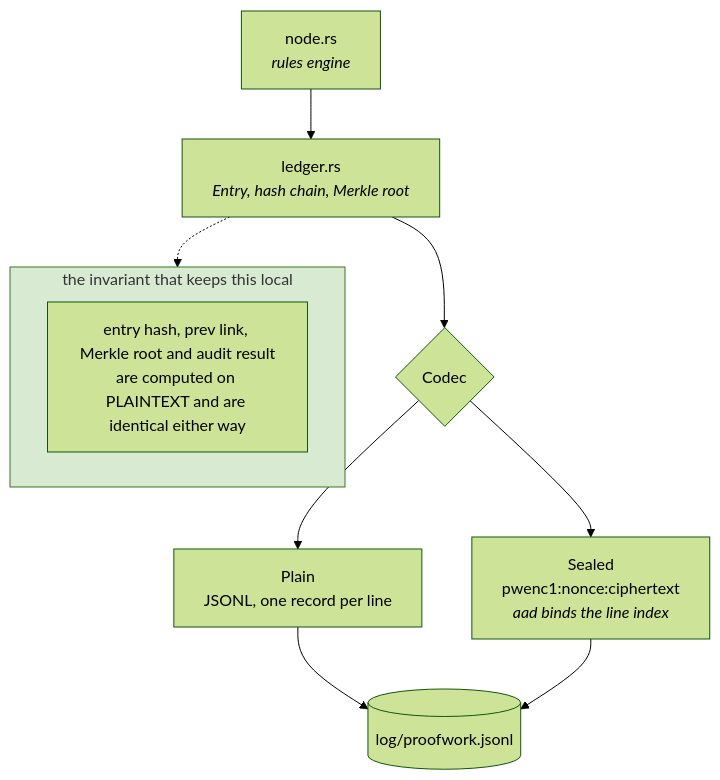
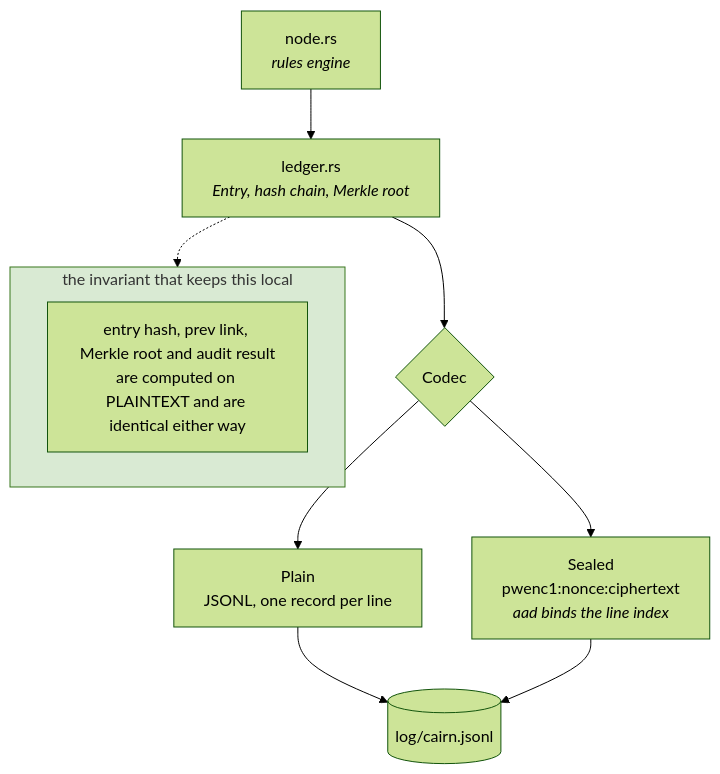
One commit to aburan28/cairn changed the eighth of 12 diagrams in docs/diagrams.md. Above: the diagram before and after it, drawn with Mermaid (forest theme). The commit also changed other lines of this file and 187 other files, not shown here.

First line of the commit message:
feat!: rename proofwork to cairn

````diff
--- a/docs/diagrams.md
+++ b/docs/diagrams.md
@@ -303,23 +303,23 @@
 ```mermaid
 flowchart TB
     node["node.rs<br/><i>rules engine</i>"]
     ledger["ledger.rs<br/><i>Entry, hash chain, Merkle root</i>"]
     codec{"Codec"}
     plain["Plain<br/>JSONL, one record per line"]
     sealedc["Sealed<br/>pwenc1:nonce:ciphertext<br/><i>aad binds the line index</i>"]
-    file[("log/proofwork.jsonl")]
+    file[("log/cairn.jsonl")]
 
     node --> ledger
     ledger --> codec
     codec --> plain
     codec --> sealedc
     plain --> file
     sealedc --> file
 
     subgraph invariant["the invariant that keeps this local"]
         inv["entry hash, prev link, Merkle root and audit result<br/>are computed on PLAINTEXT and are identical either way"]
     end
     ledger -.-> invariant
 
     style invariant fill:#d9ead3,stroke:#38761d
 ```
````
